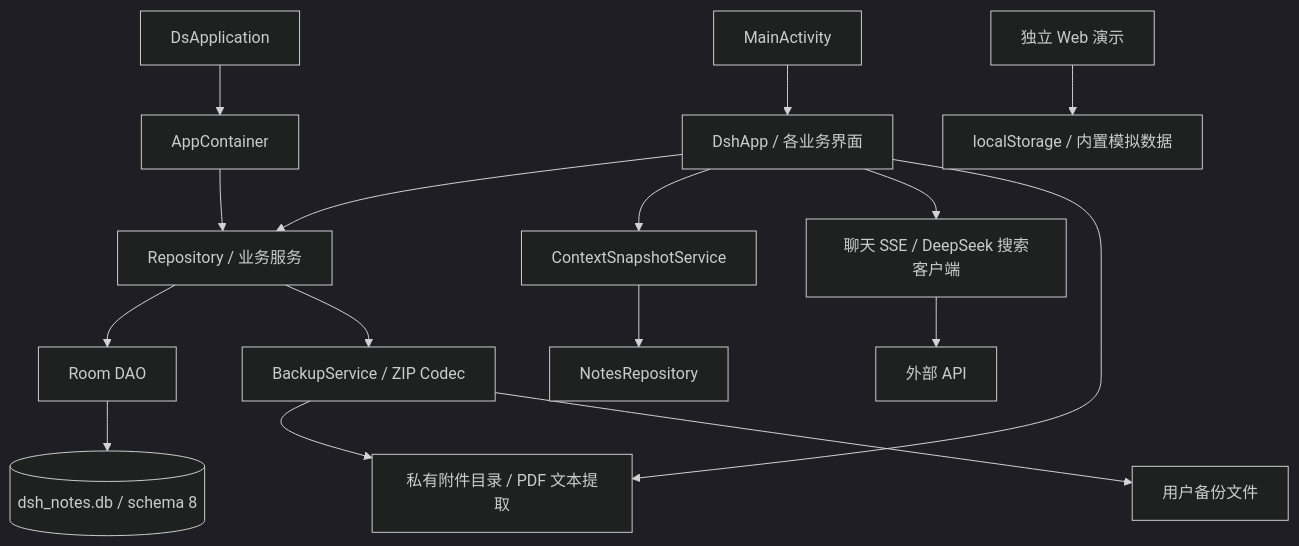
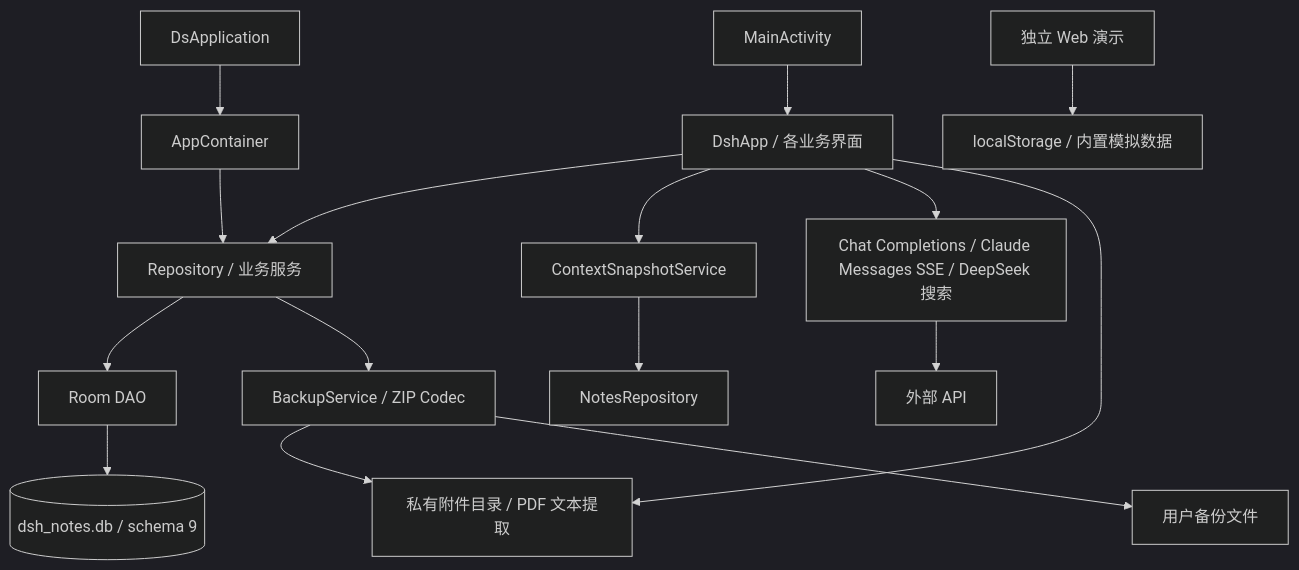
Before and after one commit to maho37523/bugu-notes: the diagram in ARCHITECTURE.md, drawn with Mermaid (dark theme). The commit also changed other lines of this file and 76 other files, not shown here.

````diff
--- a/ARCHITECTURE.md
+++ b/ARCHITECTURE.md
@@ -11,18 +11,18 @@
 ```mermaid
 flowchart TD
     App[DsApplication] --> Container[AppContainer]
     Main[MainActivity] --> UI[DshApp / 各业务界面]
     Container --> Services[Repository / 业务服务]
     UI --> Services
     Services --> DAO[Room DAO]
-    DAO --> DB[(dsh_notes.db / schema 8)]
+    DAO --> DB[(dsh_notes.db / schema 9)]
     UI --> Context[ContextSnapshotService]
     Context --> Notes[NotesRepository]
-    UI --> Network[聊天 SSE / DeepSeek 搜索客户端]
+    UI --> Network[Chat Completions / Claude Messages SSE / DeepSeek 搜索]
     Network --> API[外部 API]
     UI --> Files[私有附件目录 / PDF 文本提取]
     Services --> Backup[BackupService / ZIP Codec]
     Backup --> Files
     Backup --> Archive[用户备份文件]
     Web[独立 Web 演示] --> Local[localStorage / 内置模拟数据]
 ```
````
